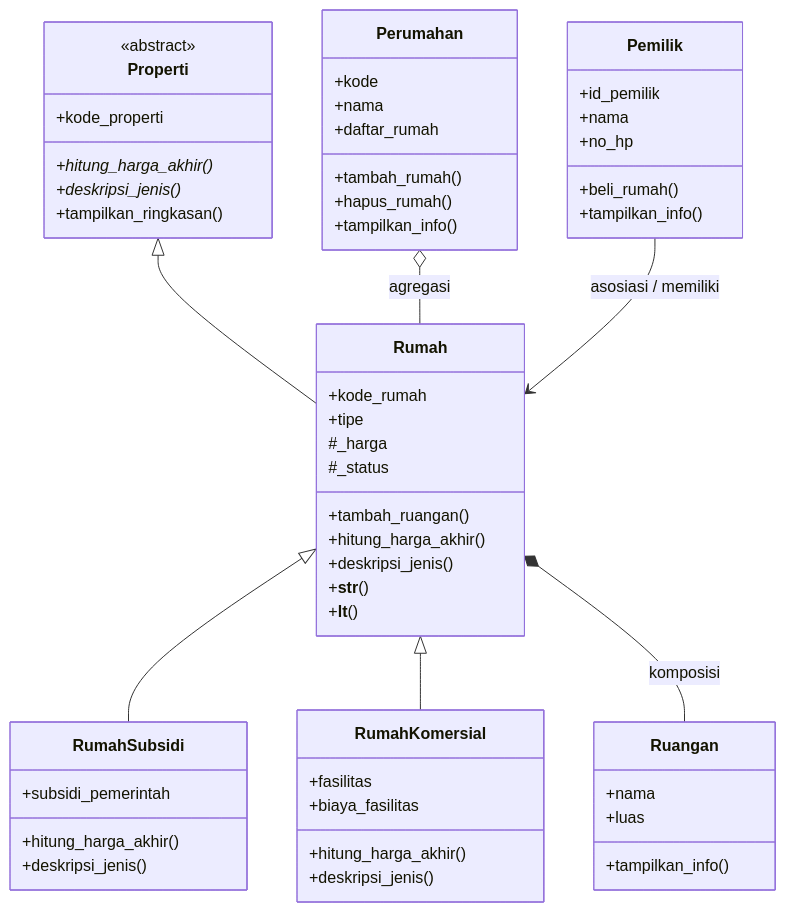
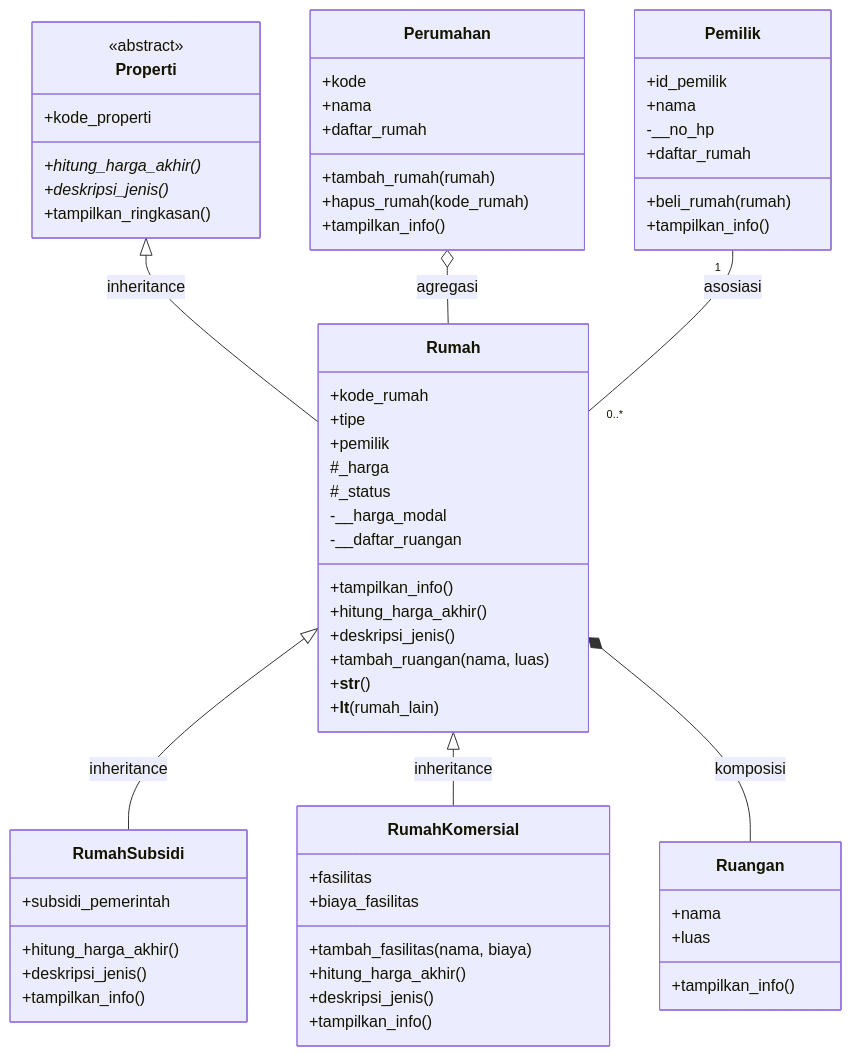
One commit to raezer02/praktikum-pbo changed the diagram in posttest/posttest_3/README.md. Above: the diagram before and after it, drawn with Mermaid. The commit also changed other lines of this file and 1 other file, not shown here.

````diff
--- a/posttest/posttest_3/README.md
+++ b/posttest/posttest_3/README.md
@@ -11,65 +23,73 @@
 ```mermaid
 classDiagram
     class Properti {
         <<abstract>>
         +kode_properti
         +hitung_harga_akhir()*
         +deskripsi_jenis()*
         +tampilkan_ringkasan()
     }
 
+    class Perumahan {
+        +kode
+        +nama
+        +daftar_rumah
+        +tambah_rumah(rumah)
+        +hapus_rumah(kode_rumah)
+        +tampilkan_info()
+    }
+
     class Rumah {
         +kode_rumah
         +tipe
+        +pemilik
         #_harga
         #_status
-        +tambah_ruangan()
+        -__harga_modal
+        -__daftar_ruangan
+        +tampilkan_info()
         +hitung_harga_akhir()
         +deskripsi_jenis()
+        +tambah_ruangan(nama, luas)
         +__str__()
-        +__lt__()
+        +__lt__(rumah_lain)
     }
 
     class RumahSubsidi {
         +subsidi_pemerintah
         +hitung_harga_akhir()
         +deskripsi_jenis()
+        +tampilkan_info()
     }
 
     class RumahKomersial {
         +fasilitas
         +biaya_fasilitas
+        +tambah_fasilitas(nama, biaya)
         +hitung_harga_akhir()
         +deskripsi_jenis()
-    }
-
-    class Perumahan {
-        +kode
-        +nama
-        +daftar_rumah
-        +tambah_rumah()
-        +hapus_rumah()
         +tampilkan_info()
     }
 
     class Pemilik {
         +id_pemilik
         +nama
-        +no_hp
-        +beli_rumah()
+        -__no_hp
+        +daftar_rumah
+        +beli_rumah(rumah)
         +tampilkan_info()
     }
 
     class Ruangan {
         +nama
         +luas
         +tampilkan_info()
     }
 
-    Properti <|-- Rumah
-    Rumah <|-- RumahSubsidi
-    Rumah <|-- RumahKomersial
+    Properti <|-- Rumah : inheritance
+    Rumah <|-- RumahSubsidi : inheritance
+    Rumah <|-- RumahKomersial : inheritance
     Perumahan o-- Rumah : agregasi
-    Pemilik --> Rumah : asosiasi / memiliki
+    Pemilik "1" -- "0..*" Rumah : asosiasi
     Rumah *-- Ruangan : komposisi
 ```
````
